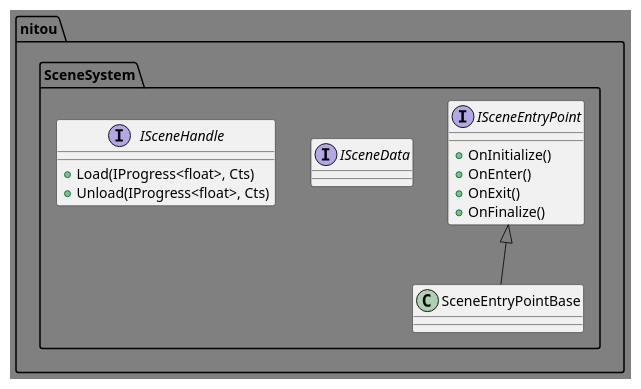
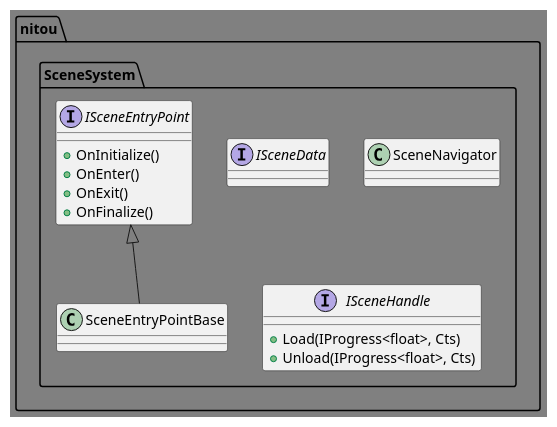
The diagram in Assets/com.nitou.nModules/Scene System/Scripts/ClassDesigne_SceneSystem.puml (nitou-kanazawa/NitouUnityLib), drawn with PlantUML before and after one commit. The commit also changed 118 other files, not shown here.

```diff
--- a/Assets/com.nitou.nModules/Scene System/Scripts/ClassDesigne_SceneSystem.puml
+++ b/Assets/com.nitou.nModules/Scene System/Scripts/ClassDesigne_SceneSystem.puml
@@ -1,42 +1,45 @@
 @startuml SceneSystem
 skinparam backgroundColor gray
 
 
 
 namespace nitou.SceneSystem{
 
     ' シーン間で橋渡しするデータ
     interface ISceneData{}
 
     ' シーン上の起点オブジェクト
     interface ISceneEntryPoint{
         + OnInitialize()
         + OnEnter()
         + OnExit()
         + OnFinalize()
     }
 
     ' MonoBehaviourを継承した基底クラス
     class SceneEntryPointBase{}
 
-    ' -----------------
+    static class SceneNavigator{}
+
+    ' 継承関係
+    SceneEntryPointBase -up-|> ISceneEntryPoint
     ' 依存関係
-    SceneEntryPointBase -up-|> ISceneEntryPoint
+
 }
 
 namespace nitou.SceneSystem{
 
     ' シーンハンドル
     interface ISceneHandle{
         + Load(IProgress<float>, Cts)
         + Unload(IProgress<float>, Cts)
     }
 
     ' -----------------
     ' 依存関係
 
 }
 
 
 
 @enduml
```
